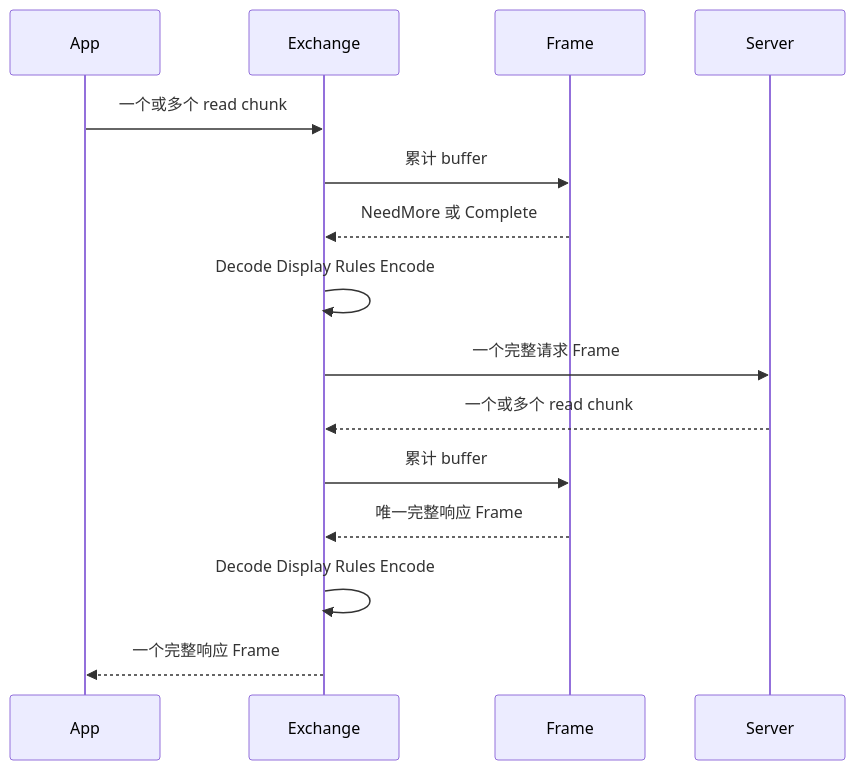
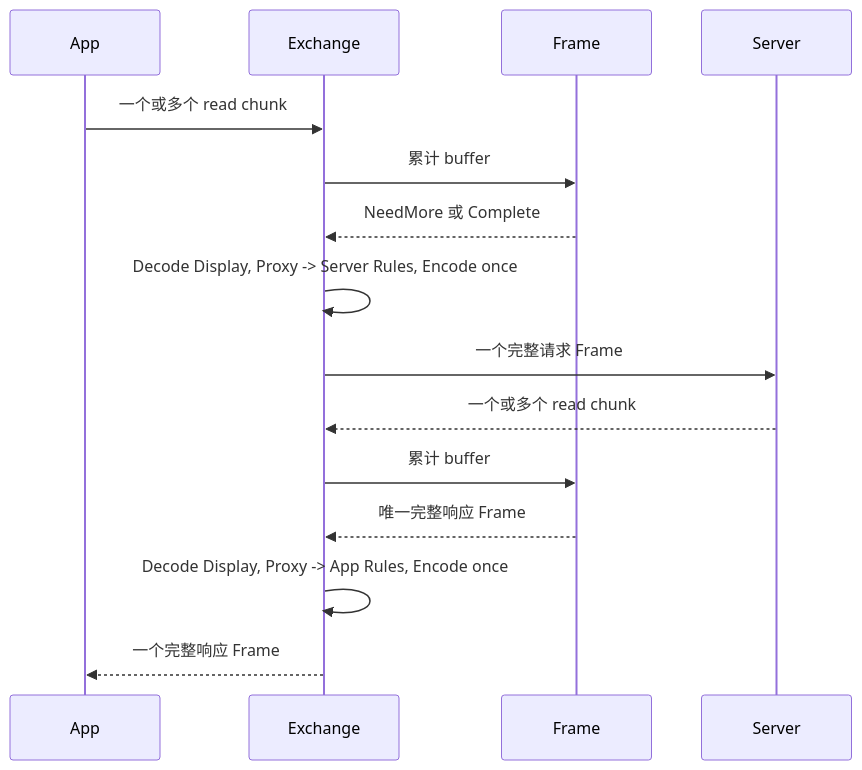
The second of 5 diagrams in docs/architecture/data-flow.md (kouxko/gmofg-payment-proxy), drawn with Mermaid before and after one commit. The commit also changed other lines of this file and 32 other files, not shown here.

Commit message:
docs(architecture): align package and rule contracts

````diff
--- a/docs/architecture/data-flow.md
+++ b/docs/architecture/data-flow.md
@@ -71,17 +71,17 @@
 ```mermaid
 sequenceDiagram
     participant A as App
     participant E as Exchange
     participant F as Frame
     participant S as Server
     A->>E: 一个或多个 read chunk
     E->>F: 累计 buffer
     F-->>E: NeedMore 或 Complete
-    E->>E: Decode Display Rules Encode
+    E->>E: Decode Display, Proxy -> Server Rules, Encode once
     E->>S: 一个完整请求 Frame
     S-->>E: 一个或多个 read chunk
     E->>F: 累计 buffer
     F-->>E: 唯一完整响应 Frame
-    E->>E: Decode Display Rules Encode
+    E->>E: Decode Display, Proxy -> App Rules, Encode once
     E-->>A: 一个完整响应 Frame
 ```
````
